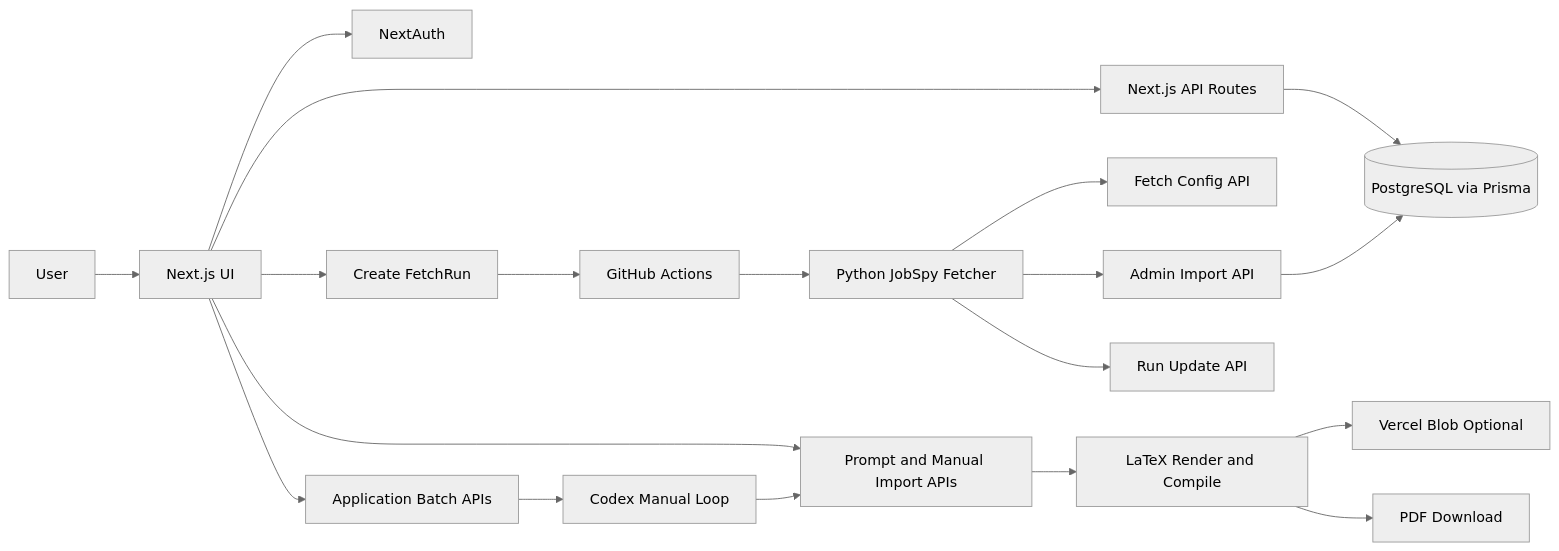
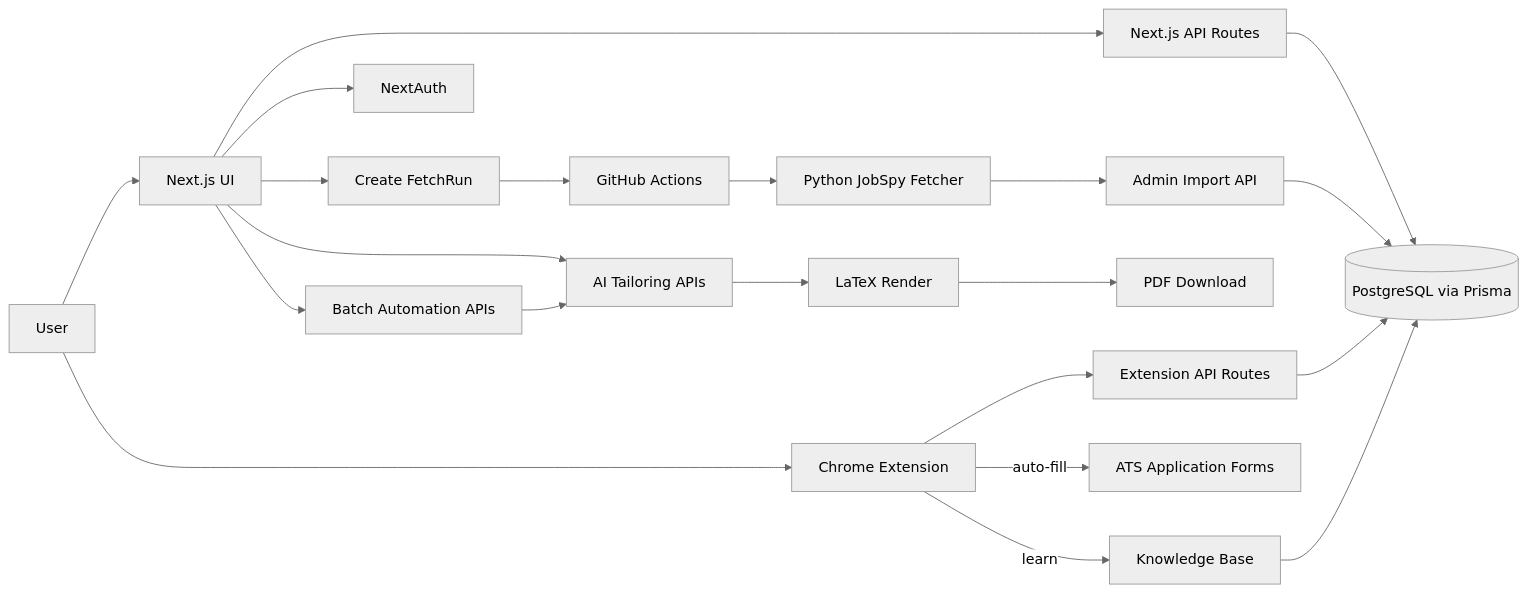
One commit to ShousenZHANG/jobflow-web changed the diagram in README.md. Above: the diagram before and after it, drawn with Mermaid (neutral theme). The commit also changed other lines of this file, not shown here.

First line of the commit message:
docs: overhaul README to highlight full-cycle workflow and Chrome extension

````diff
--- a/README.md
+++ b/README.md
@@ -109,24 +149,28 @@
 ```mermaid
 flowchart LR
   U[User] --> FE[Next.js UI]
+  U --> EXT[Chrome Extension]
+
   FE --> API[Next.js API Routes]
   API --> DB[(PostgreSQL via Prisma)]
   FE --> AUTH[NextAuth]
 
+  EXT --> EXTAPI[Extension API Routes]
+  EXTAPI --> DB
+  EXT -->|auto-fill| ATS[ATS Application Forms]
+  EXT -->|learn| KB[Knowledge Base]
+  KB --> DB
+
   FE --> FR[Create FetchRun]
   FR --> GH[GitHub Actions]
   GH --> PY[Python JobSpy Fetcher]
-  PY --> CFG[Fetch Config API]
   PY --> IMP[Admin Import API]
-  PY --> UPD[Run Update API]
   IMP --> DB
 
-  FE --> AIPATH[Prompt and Manual Import APIs]
-  AIPATH --> PDF[LaTeX Render and Compile]
-  PDF --> BLOB[Vercel Blob Optional]
+  FE --> AIPATH[AI Tailoring APIs]
+  AIPATH --> PDF[LaTeX Render]
   PDF --> DL[PDF Download]
 
-  FE --> BATCH[Application Batch APIs]
-  BATCH --> CODX[Codex Manual Loop]
-  CODX --> AIPATH
+  FE --> BATCH[Batch Automation APIs]
+  BATCH --> AIPATH
 ```
````
